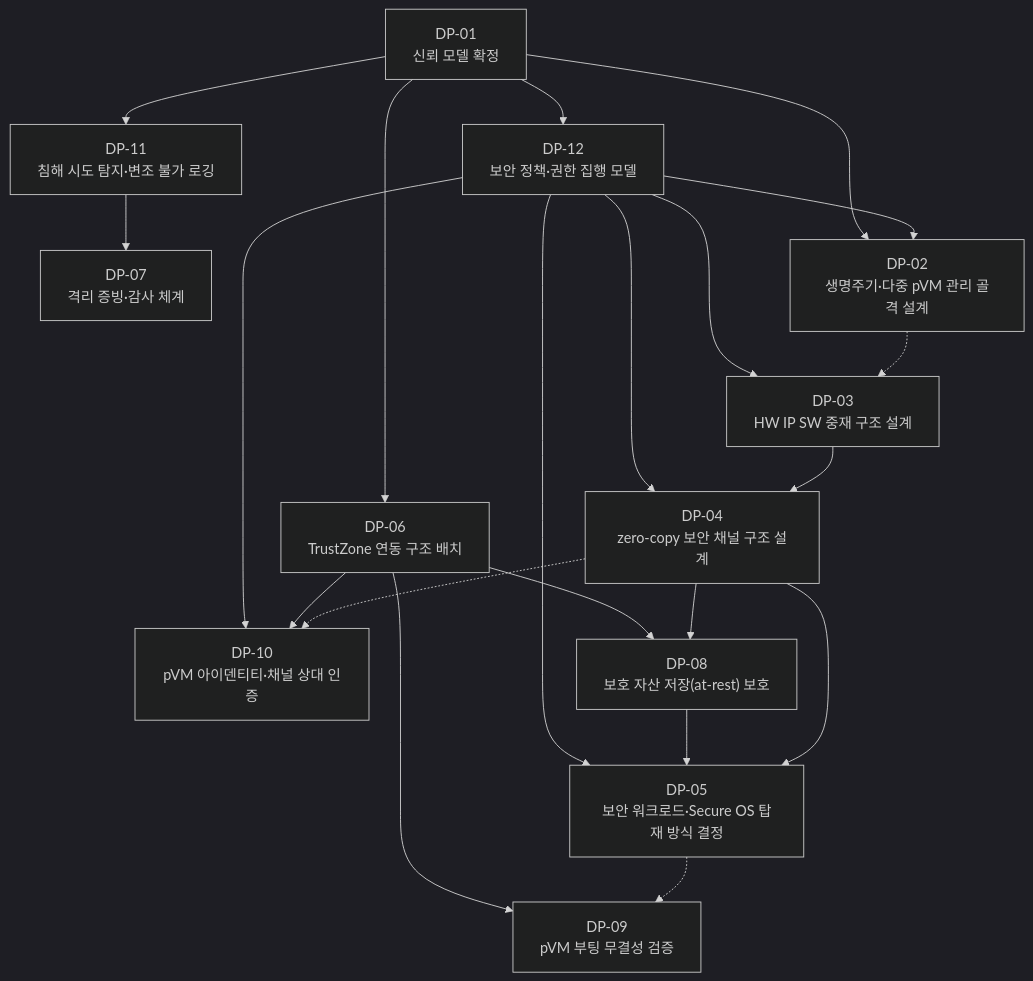
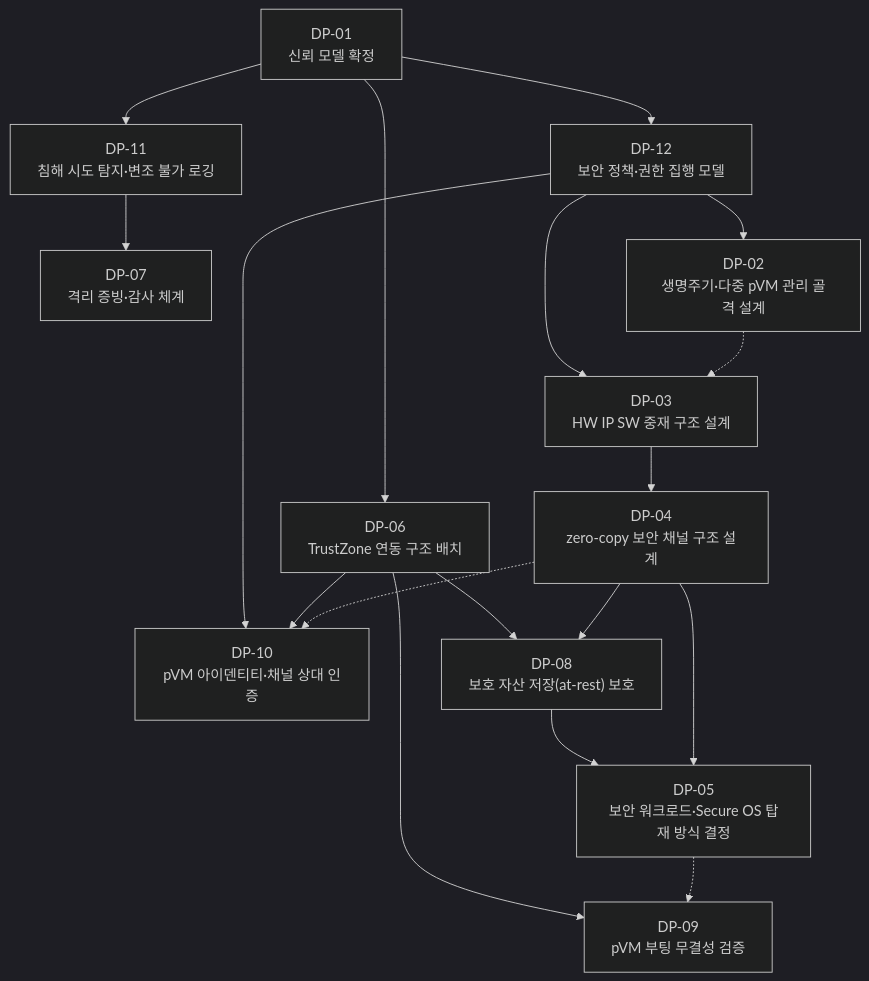
One commit to boram1288/test-p changed the diagram in docs_fable/05_design_points.md. Above: the diagram before and after it, drawn with Mermaid (dark theme). The commit also changed other lines of this file, not shown here.

````diff
--- a/docs_fable/05_design_points.md
+++ b/docs_fable/05_design_points.md
@@ -378,36 +375,33 @@
 ```mermaid
 flowchart TD
     DP01["DP-01<br/>신뢰 모델 확정"]
     DP11["DP-11<br/>침해 시도 탐지·변조 불가 로깅"]
     DP07["DP-07<br/>격리 증빙·감사 체계"]
     DP12["DP-12<br/>보안 정책·권한 집행 모델"]
     DP02["DP-02<br/>생명주기·다중 pVM 관리 골격 설계"]
     DP03["DP-03<br/>HW IP SW 중재 구조 설계"]
     DP06["DP-06<br/>TrustZone 연동 구조 배치"]
     DP04["DP-04<br/>zero-copy 보안 채널 구조 설계"]
     DP10["DP-10<br/>pVM 아이덴티티·채널 상대 인증"]
     DP08["DP-08<br/>보호 자산 저장(at-rest) 보호"]
     DP09["DP-09<br/>pVM 부팅 무결성 검증"]
     DP05["DP-05<br/>보안 워크로드·Secure OS 탑재 방식 결정"]
 
     DP01 --> DP11
     DP11 --> DP07
     DP01 --> DP12
-    DP01 --> DP02
     DP12 --> DP02
     DP12 --> DP03
-    DP12 --> DP04
     DP12 --> DP10
-    DP12 --> DP05
     DP02 -.-> DP03
     DP03 --> DP04
     DP01 --> DP06
     DP06 --> DP10
     DP06 --> DP08
     DP06 --> DP09
     DP04 -.-> DP10
     DP04 --> DP08
     DP08 --> DP05
     DP04 --> DP05
     DP05 -.-> DP09
 ```
````
